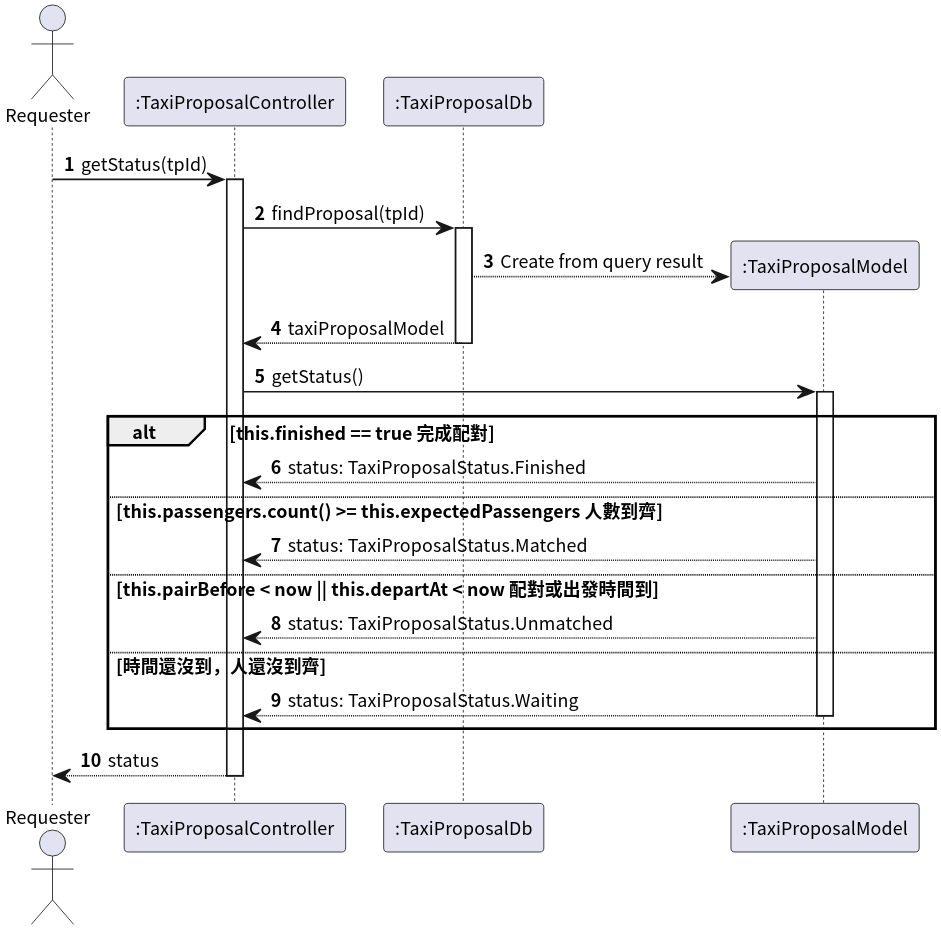
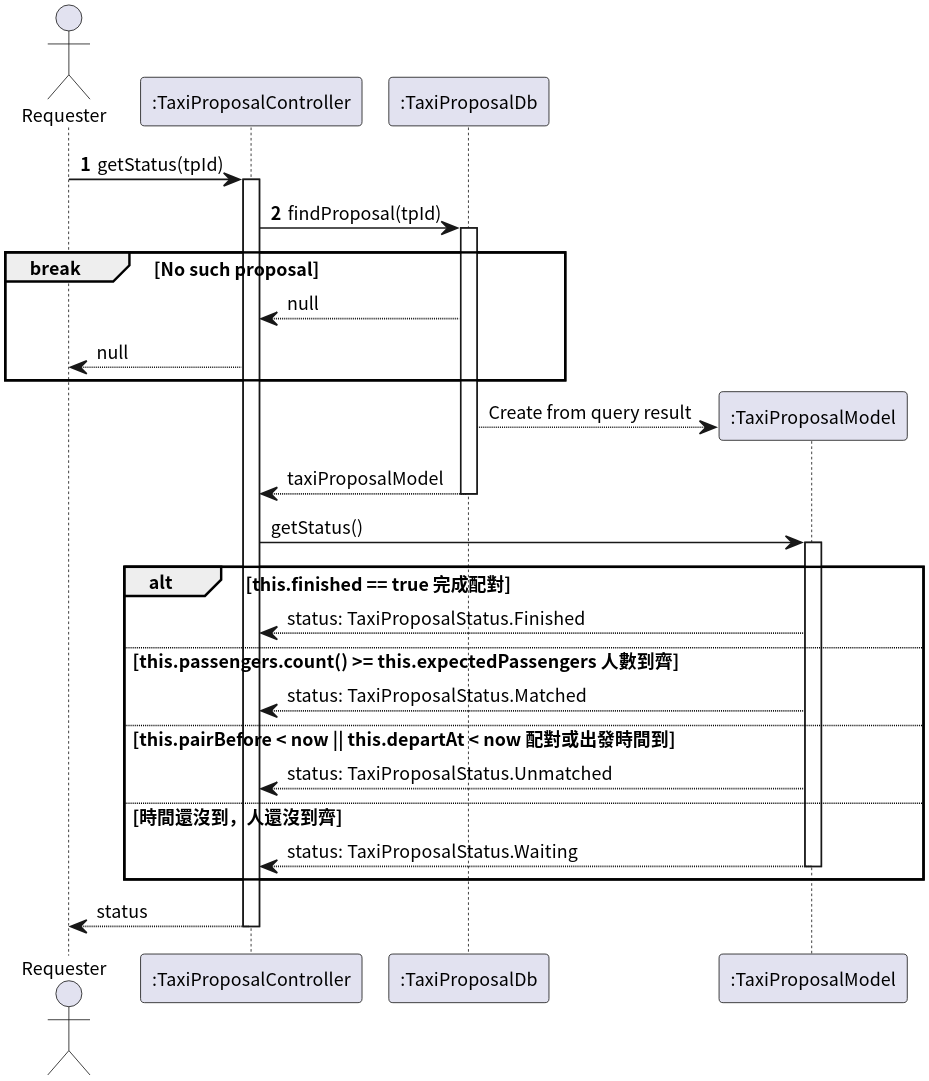
The second of 2 diagrams in semester-4/system-analysis/basic-sequence-diagram/sequence-diagram.plantuml (pan93412/nkust-homework), drawn with PlantUML before and after one commit.

Commit message:
s4: system-analysis: sequence-diagram: add break label

```diff
--- a/semester-4/system-analysis/basic-sequence-diagram/sequence-diagram.plantuml
+++ b/semester-4/system-analysis/basic-sequence-diagram/sequence-diagram.plantuml
@@ -36,34 +36,41 @@
 @startuml TaxiProposalWaitForPairing
 
 autonumber
 skinparam dpi 300
 skinparam linetype ortho
 skinparam defaultFontSize 11
 skinparam defaultFontName "Noto Sans CJK TC"
 
 actor Requester as "Requester"
 participant TaxiProposalController as ":TaxiProposalController"
 participant TaxiProposalDb as ":TaxiProposalDb"
 
 Requester -> TaxiProposalController ++: getStatus(tpId)
 
 TaxiProposalController -> TaxiProposalDb ++: findProposal(tpId)
+
+break No such proposal
+    autonumber stop
+    TaxiProposalController <-- TaxiProposalDb: null
+    Requester <-- TaxiProposalController: null
+end
+
 create participant TaxiProposalModel as ":TaxiProposalModel"
 TaxiProposalDb --> TaxiProposalModel: Create from query result
 return taxiProposalModel
 
 TaxiProposalController -> TaxiProposalModel ++: getStatus()
 
 alt this.finished == true 完成配對
     TaxiProposalController <-- TaxiProposalModel: status: TaxiProposalStatus.Finished
 else this.passengers.count() >= this.expectedPassengers 人數到齊
     TaxiProposalController <-- TaxiProposalModel: status: TaxiProposalStatus.Matched
 else this.pairBefore < now || this.departAt < now 配對或出發時間到
     TaxiProposalController <-- TaxiProposalModel: status: TaxiProposalStatus.Unmatched
 else 時間還沒到，人還沒到齊
     TaxiProposalController <-- TaxiProposalModel --: status: TaxiProposalStatus.Waiting
 end
 
 return status
 
 @enduml TaxiProposalWaitForPairing
```
